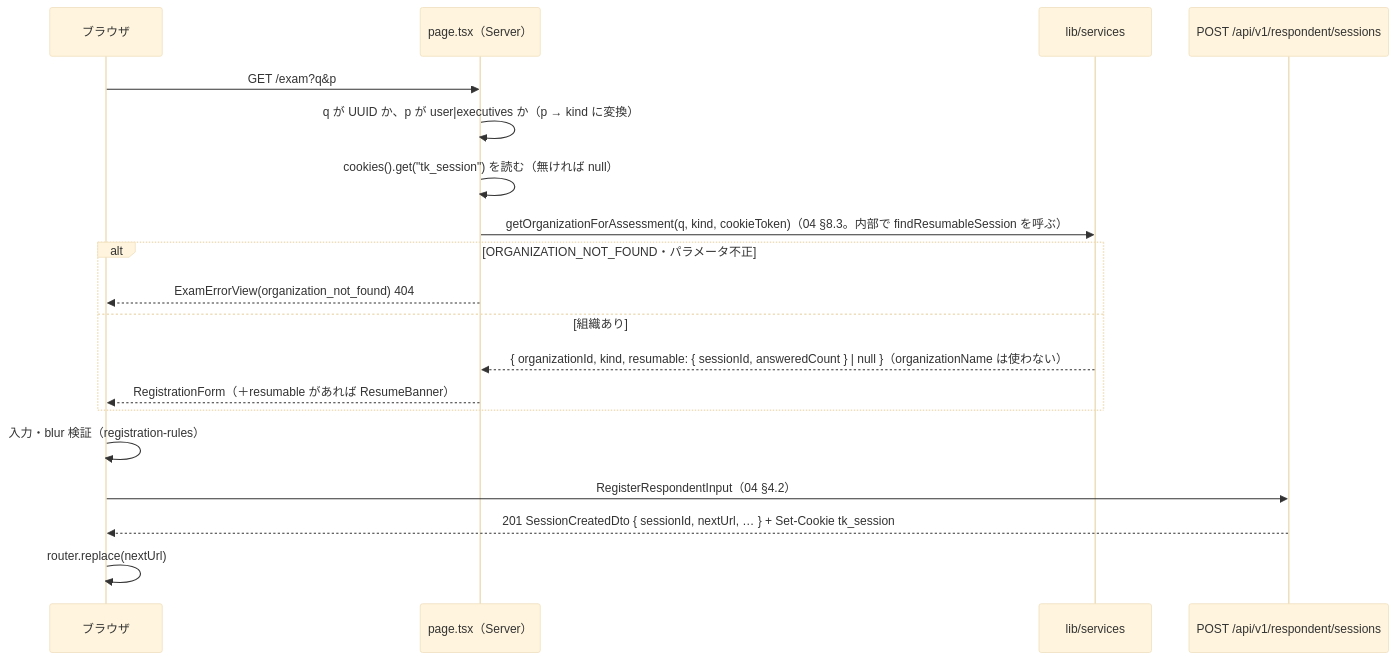
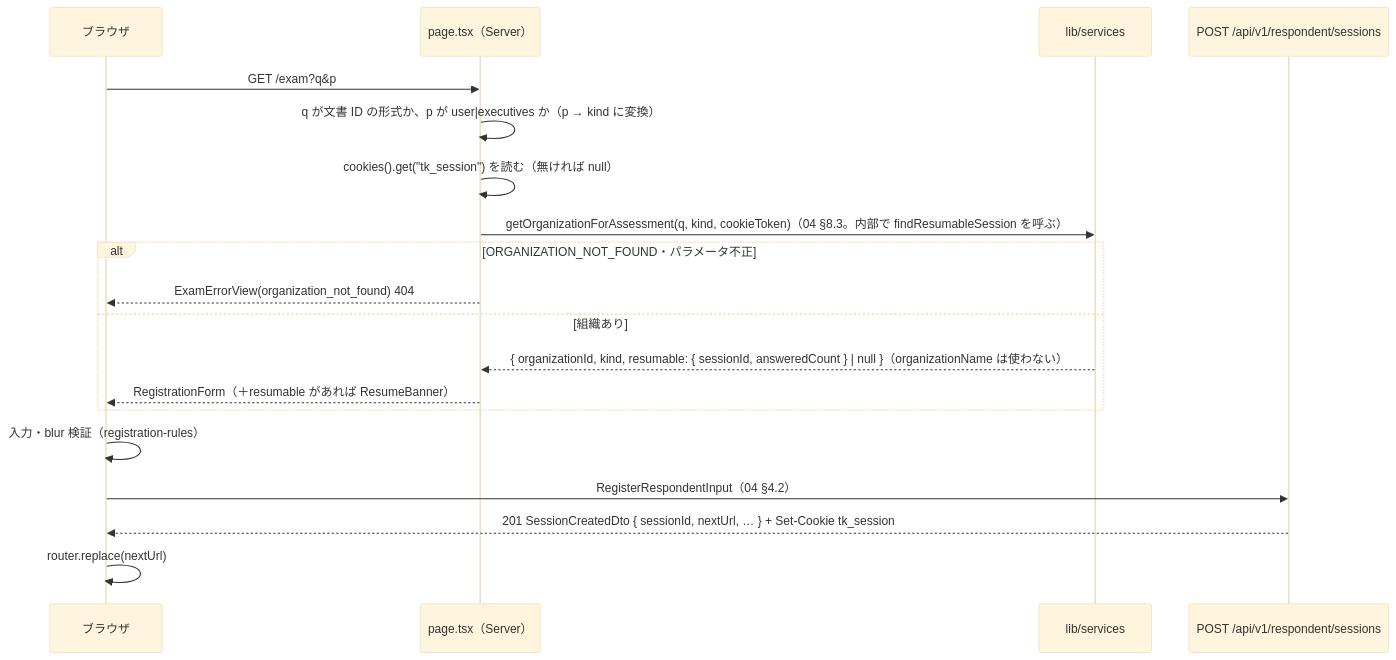
The second of 2 diagrams in docs/基本設計/05_画面設計_受検者.md (tanukichiyamaguchi/Tekisei-Kensa), drawn with Mermaid (base theme) before and after one commit. The commit also changed other lines of this file and 4 other files, not shown here.

````diff
--- a/docs/基本設計/05_画面設計_受検者.md
+++ b/docs/基本設計/05_画面設計_受検者.md
@@ -1261,21 +1261,21 @@
 ```mermaid
 sequenceDiagram
     participant B as ブラウザ
     participant P as page.tsx（Server）
     participant S as lib/services
     participant API as POST /api/v1/respondent/sessions
     B->>P: GET /exam?q&p
-    P->>P: q が UUID か、p が user|executives か（p → kind に変換）
+    P->>P: q が文書 ID の形式か、p が user|executives か（p → kind に変換）
     P->>P: cookies().get("tk_session") を読む（無ければ null）
     P->>S: getOrganizationForAssessment(q, kind, cookieToken)（04 §8.3。内部で findResumableSession を呼ぶ）
     alt ORGANIZATION_NOT_FOUND・パラメータ不正
         P-->>B: ExamErrorView(organization_not_found) 404
     else 組織あり
         S-->>P: { organizationId, kind, resumable: { sessionId, answeredCount } | null }（organizationName は使わない）
         P-->>B: RegistrationForm（＋resumable があれば ResumeBanner）
     end
     B->>B: 入力・blur 検証（registration-rules）
     B->>API: RegisterRespondentInput（04 §4.2）
     API-->>B: 201 SessionCreatedDto { sessionId, nextUrl, … } + Set-Cookie tk_session
     B->>B: router.replace(nextUrl)
 ```
````
